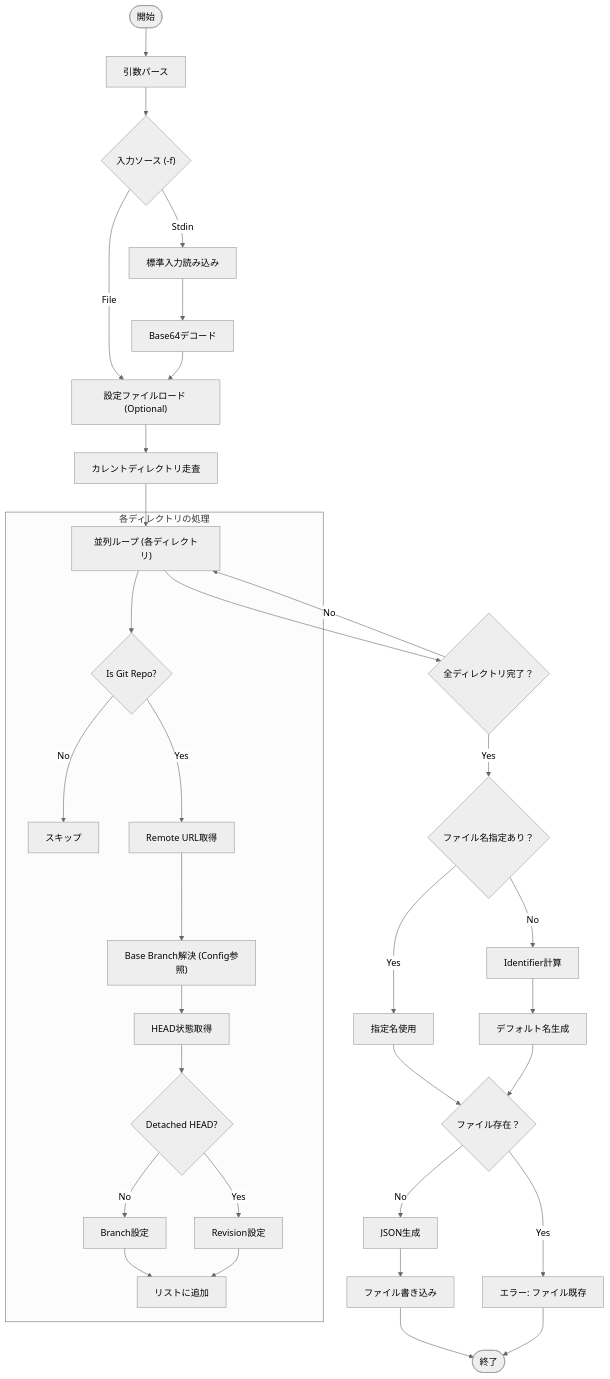
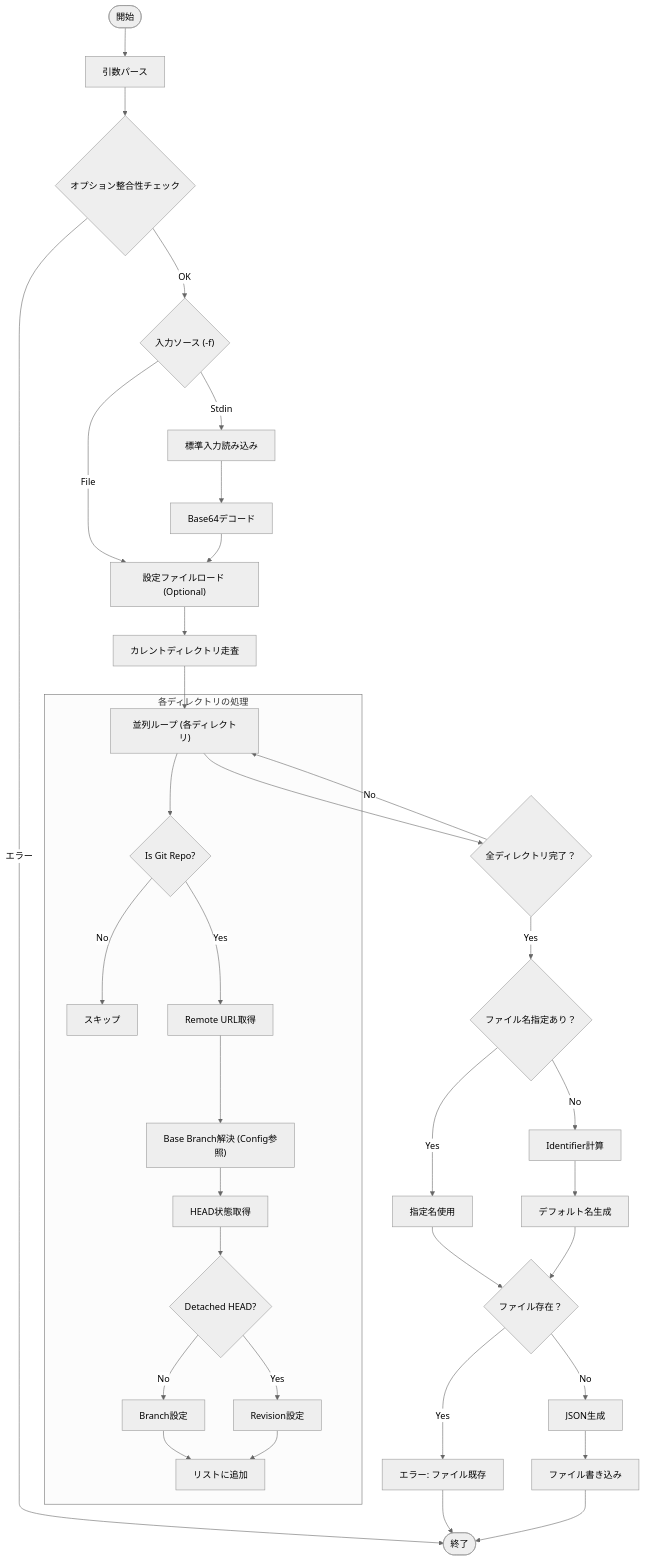
The diagram in docs/internal/app/snapshot.md (keiji/mistletoe), drawn with Mermaid (neutral theme) before and after one commit. The commit also changed 8 other files, not shown here.

First line of the commit message:
Update design document flowcharts with ValidateFlags step

````diff
--- a/docs/internal/app/snapshot.md
+++ b/docs/internal/app/snapshot.md
@@ -52,44 +52,47 @@
 ```mermaid
 flowchart TD
     Start(["開始"]) --> ParseArgs["引数パース"]
-    ParseArgs --> CheckInput{"入力ソース (-f)"}
+    ParseArgs --> ValidateFlags{"オプション整合性チェック"}
+    ValidateFlags -- "エラー" --> End(["終了"])
+    ValidateFlags -- "OK" --> CheckInput{"入力ソース (-f)"}
+
     CheckInput -- "File" --> LoadConfig["設定ファイルロード (Optional)"]
     CheckInput -- "Stdin" --> ReadStdin["標準入力読み込み"]
     ReadStdin --> Decode["Base64デコード"]
     Decode --> LoadConfig
     LoadConfig --> ScanDir["カレントディレクトリ走査"]
 
     ScanDir --> Loop["並列ループ (各ディレクトリ)"]
 
     subgraph "各ディレクトリの処理"
         Loop --> CheckGit{Is Git Repo?}
         CheckGit -- No --> Skip["スキップ"]
         CheckGit -- Yes --> GetURL["Remote URL取得"]
         GetURL --> ResolveBase["Base Branch解決 (Config参照)"]
         ResolveBase --> GetHEAD["HEAD状態取得"]
 
         GetHEAD --> CheckDetached{Detached HEAD?}
         CheckDetached -- No --> SetBranch["Branch設定"]
         CheckDetached -- Yes --> SetRev["Revision設定"]
 
         SetBranch --> AppendList["リストに追加"]
         SetRev --> AppendList
     end
 
     Loop --> CheckEnd{"全ディレクトリ完了？"}
     CheckEnd -- No --> Loop
     CheckEnd -- Yes --> DecideName{"ファイル名指定あり？"}
     DecideName -- Yes --> UseName["指定名使用"]
     DecideName -- No --> CalcID["Identifier計算"]
     CalcID --> DefaultName["デフォルト名生成"]
 
     UseName --> CheckExist{"ファイル存在？"}
     DefaultName --> CheckExist
 
     CheckExist -- Yes --> ErrorExist["エラー: ファイル既存"]
     CheckExist -- No --> Marshal["JSON生成"]
     Marshal --> WriteFile["ファイル書き込み"]
     WriteFile --> End(["終了"])
 
     ErrorExist --> End
 ```
````
